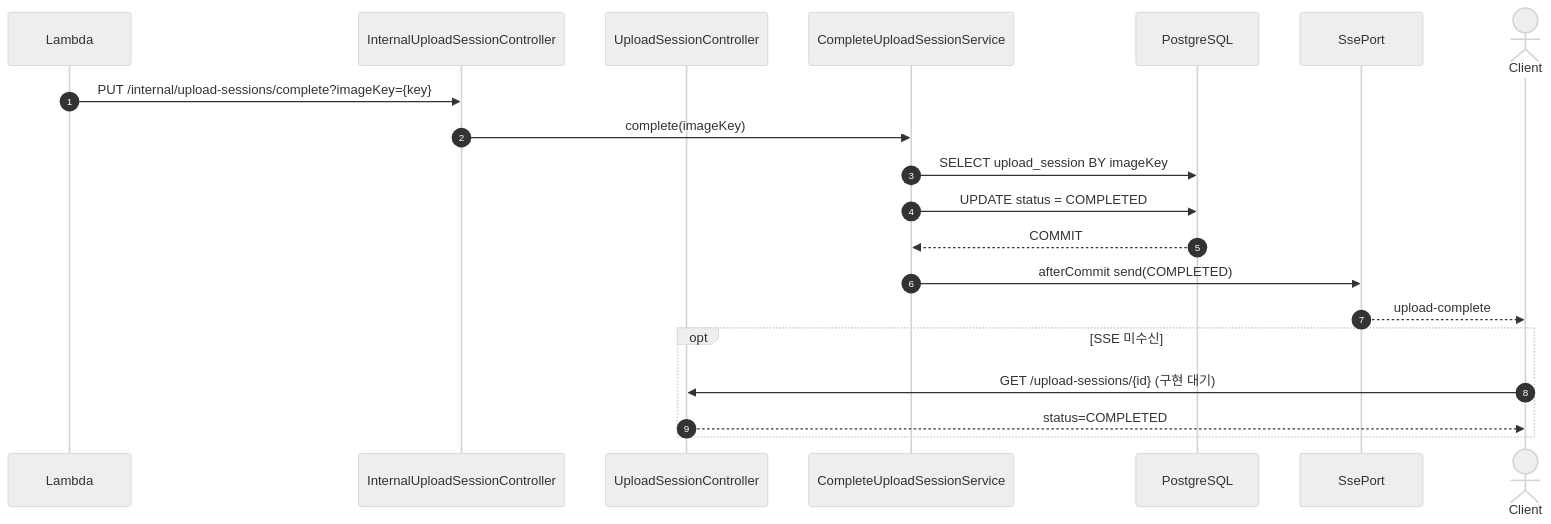
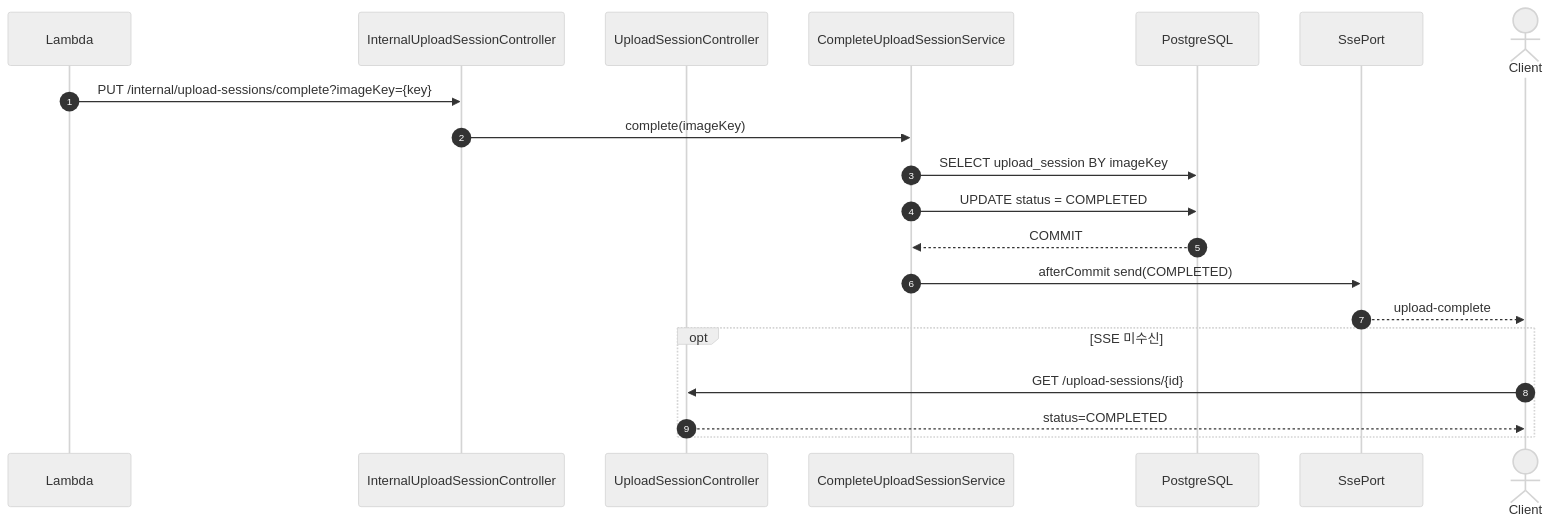
The third of 4 diagrams in docs/spec/sequence/verification.md (JianYang98/TriAgain), drawn with Mermaid (neutral theme) before and after one commit. The commit also changed other lines of this file and 8 other files, not shown here.

````diff
--- a/docs/spec/sequence/verification.md
+++ b/docs/spec/sequence/verification.md
@@ -84,24 +84,24 @@
 ```mermaid
 sequenceDiagram
     autonumber
     participant Lambda
     participant Controller as InternalUploadSessionController
     participant StatusController as UploadSessionController
     participant Service as CompleteUploadSessionService
     participant DB as PostgreSQL
     participant SSE as SsePort
     actor Client
 
     Lambda->>Controller: PUT /internal/upload-sessions/complete?imageKey={key}
     Controller->>Service: complete(imageKey)
     Service->>DB: SELECT upload_session BY imageKey
     Service->>DB: UPDATE status = COMPLETED
     DB-->>Service: COMMIT
     Service->>SSE: afterCommit send(COMPLETED)
     SSE-->>Client: upload-complete
 
     opt SSE 미수신
-        Client->>StatusController: GET /upload-sessions/{id} (구현 대기)
+        Client->>StatusController: GET /upload-sessions/{id}
         StatusController-->>Client: status=COMPLETED
     end
 ```
````
